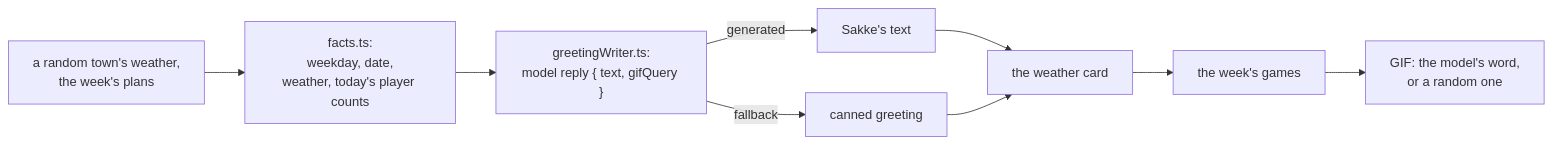
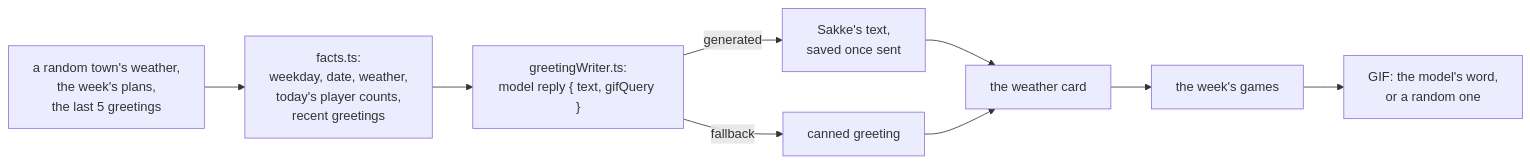
The diagram in src/features/morning-greeting/README.md (saarinenvh/sakariheitaja), drawn with Mermaid before and after one commit. The commit also changed other lines of this file and 17 other files, not shown here.

First line of the commit message:
feat: Sakke sees its recent morning greetings, so it varies the next one

````diff
--- a/src/features/morning-greeting/README.md
+++ b/src/features/morning-greeting/README.md
@@ -17,11 +18,11 @@
 ```mermaid
 flowchart LR
-    Gather["a random town's weather,<br/>the week's plans"] --> Facts["facts.ts:<br/>weekday, date,<br/>weather, today's player counts"]
+    Gather["a random town's weather,<br/>the week's plans,<br/>the last 5 greetings"] --> Facts["facts.ts:<br/>weekday, date, weather,<br/>today's player counts,<br/>recent greetings"]
     Facts --> Writer["greetingWriter.ts:<br/>model reply { text, gifQuery }"]
-    Writer -->|generated| Text["Sakke's text"]
+    Writer -->|generated| Text["Sakke's text,<br/>saved once sent"]
     Writer -->|fallback| Canned["canned greeting"]
     Text --> Weather["the weather card"]
     Canned --> Weather
     Weather --> Games["the week's games"]
     Games --> Gif["GIF: the model's word,<br/>or a random one"]
 ```
````
